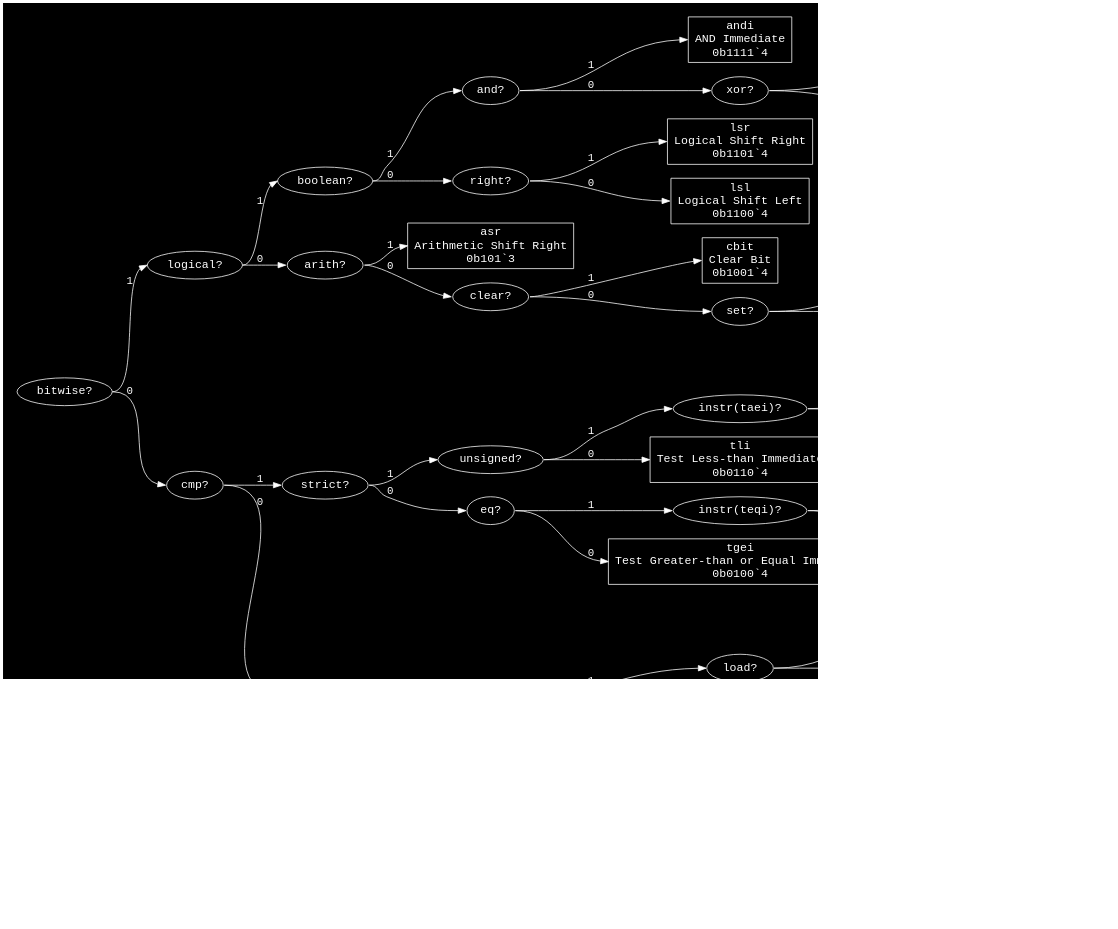
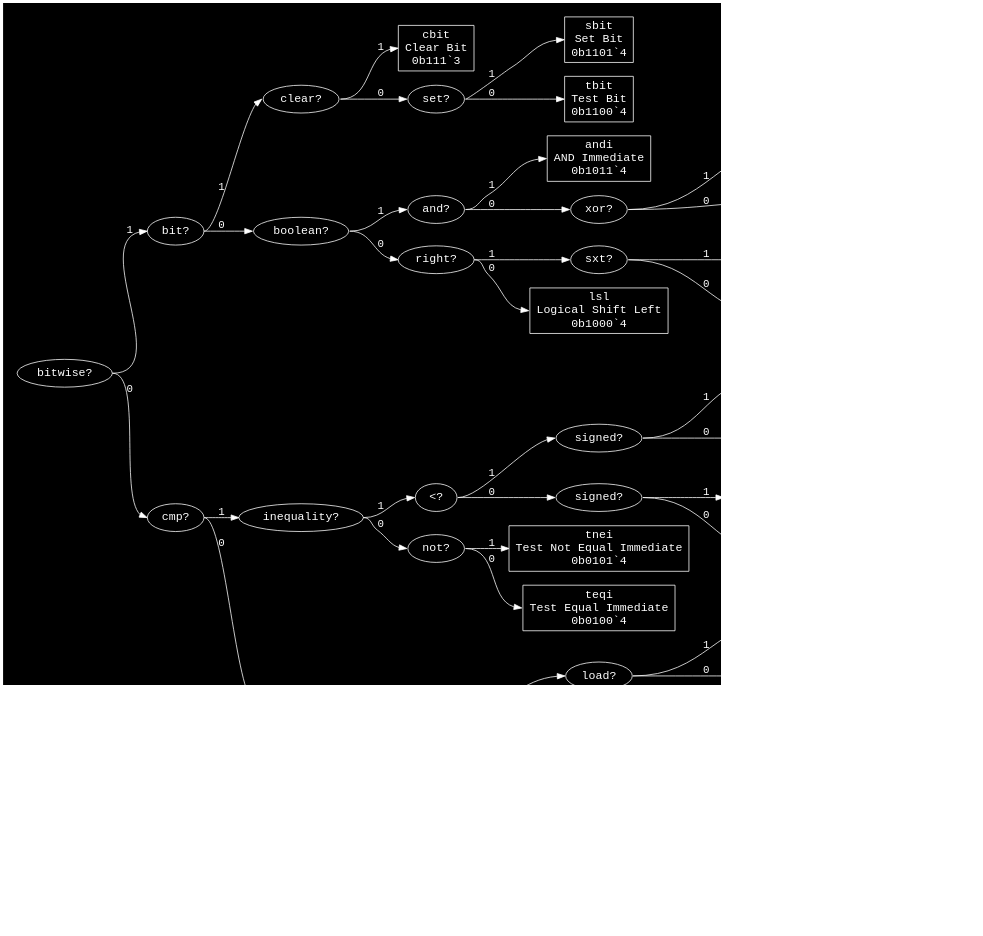
One commit to eignnx/SPRIND changed the diagram in assets/graphs/ri(_).dot. Above: the diagram before and after it, drawn with Graphviz. The commit also changed 8 other files, not shown here.

```diff
--- a/assets/graphs/ri(_).dot
+++ b/assets/graphs/ri(_).dot
@@ -1,90 +1,90 @@
 digraph "Format ri(_)" {
   graph [dpi = 100, bgcolor="#111", fontcolor="white", rankdir=LR, pad="0.25"];
   node [fontname = "Courier", fontsize="15pt", color="white", fontcolor="white"];
   edge [fontname = "Courier", color="white", fontcolor="white"];
-  "bitwise_16196687" [label = "bitwise?", shape = ellipse];
-  "bitwise_16196687":e -> "logical_5039830":w [label = "1"];
-  "bitwise_16196687":e -> "cmp_1283545":w [label = "0"];
-  "logical_5039830" [label = "logical?", shape = ellipse];
-  "logical_5039830":e -> "boolean_13427020":w [label = "1"];
-  "logical_5039830":e -> "arith_9698543":w [label = "0"];
-  "boolean_13427020" [label = "boolean?", shape = ellipse];
-  "boolean_13427020":e -> "and_9476752":w [label = "1"];
-  "boolean_13427020":e -> "right_9450710":w [label = "0"];
+  "bitwise_6741172" [label = "bitwise?", shape = ellipse];
+  "bitwise_6741172":e -> "bit_13246468":w [label = "1"];
+  "bitwise_6741172":e -> "cmp_2275342":w [label = "0"];
+  "bit_13246468" [label = "bit?", shape = ellipse];
+  "bit_13246468":e -> "clear_7702689":w [label = "1"];
+  "bit_13246468":e -> "boolean_6191383":w [label = "0"];
+  "clear_7702689" [label = "clear?", shape = ellipse];
+  "clear_7702689":e -> "cbit_262815":w [label = "1"];
+  "clear_7702689":e -> "set_10387925":w [label = "0"];
+  "cbit_262815" [label = "cbit\nClear Bit\n0b111`3", shape = rectangle];
+  "set_10387925" [label = "set?", shape = ellipse];
+  "set_10387925":e -> "sbit_16738776":w [label = "1"];
+  "set_10387925":e -> "tbit_5372373":w [label = "0"];
+  "sbit_16738776" [label = "sbit\nSet Bit\n0b1101`4", shape = rectangle];
+  "tbit_5372373" [label = "tbit\nTest Bit\n0b1100`4", shape = rectangle];
+  "boolean_6191383" [label = "boolean?", shape = ellipse];
+  "boolean_6191383":e -> "and_9476752":w [label = "1"];
+  "boolean_6191383":e -> "right_10240396":w [label = "0"];
   "and_9476752" [label = "and?", shape = ellipse];
   "and_9476752":e -> "andi_12159617":w [label = "1"];
   "and_9476752":e -> "xor_2651879":w [label = "0"];
-  "andi_12159617" [label = "andi\nAND Immediate\n0b1111`4", shape = rectangle];
+  "andi_12159617" [label = "andi\nAND Immediate\n0b1011`4", shape = rectangle];
   "xor_2651879" [label = "xor?", shape = ellipse];
   "xor_2651879":e -> "xori_1004432":w [label = "1"];
   "xor_2651879":e -> "ori_10741780":w [label = "0"];
-  "xori_1004432" [label = "xori\nXOR Immediate\n0b11101`5", shape = rectangle];
-  "ori_10741780" [label = "ori\nOR Immediate\n0b11100`5", shape = rectangle];
-  "right_9450710" [label = "right?", shape = ellipse];
-  "right_9450710":e -> "lsr_5551459":w [label = "1"];
-  "right_9450710":e -> "lsl_933506":w [label = "0"];
-  "lsr_5551459" [label = "lsr\nLogical Shift Right\n0b1101`4", shape = rectangle];
-  "lsl_933506" [label = "lsl\nLogical Shift Left\n0b1100`4", shape = rectangle];
-  "arith_9698543" [label = "arith?", shape = ellipse];
-  "arith_9698543":e -> "asr_4658712":w [label = "1"];
-  "arith_9698543":e -> "clear_7702689":w [label = "0"];
-  "asr_4658712" [label = "asr\nArithmetic Shift Right\n0b101`3", shape = rectangle];
-  "clear_7702689" [label = "clear?", shape = ellipse];
-  "clear_7702689":e -> "cbit_262815":w [label = "1"];
-  "clear_7702689":e -> "set_10387925":w [label = "0"];
-  "cbit_262815" [label = "cbit\nClear Bit\n0b1001`4", shape = rectangle];
-  "set_10387925" [label = "set?", shape = ellipse];
-  "set_10387925":e -> "sbit_16738776":w [label = "1"];
-  "set_10387925":e -> "tbit_5372373":w [label = "0"];
-  "sbit_16738776" [label = "sbit\nSet Bit\n0b10001`5", shape = rectangle];
-  "tbit_5372373" [label = "tbit\nTest Bit\n0b10000`5", shape = rectangle];
-  "cmp_1283545" [label = "cmp?", shape = ellipse];
-  "cmp_1283545":e -> "strict_12687118":w [label = "1"];
-  "cmp_1283545":e -> "global_8409141":w [label = "0"];
-  "strict_12687118" [label = "strict?", shape = ellipse];
-  "strict_12687118":e -> "unsigned_12772085":w [label = "1"];
-  "strict_12687118":e -> "eq_4284105":w [label = "0"];
-  "unsigned_12772085" [label = "unsigned?", shape = ellipse];
-  "unsigned_12772085":e -> "instr(taei)_9028234":w [label = "1"];
-  "unsigned_12772085":e -> "tli_650505":w [label = "0"];
-  "instr(taei)_9028234" [label = "instr(taei)?", shape = ellipse];
-  "instr(taei)_9028234":e -> "taei_9511866":w [label = "1"];
-  "instr(taei)_9028234":e -> "tbi_7859922":w [label = "0"];
-  "taei_9511866" [label = "taei\nTest Above or Equal\n0b01111`5", shape = rectangle];
+  "xori_1004432" [label = "xori\nXOR Immediate\n0b10101`5", shape = rectangle];
+  "ori_10741780" [label = "ori\nOR Immediate\n0b10100`5", shape = rectangle];
+  "right_10240396" [label = "right?", shape = ellipse];
+  "right_10240396":e -> "sxt_3947393":w [label = "1"];
+  "right_10240396":e -> "lsl_933506":w [label = "0"];
+  "sxt_3947393" [label = "sxt?", shape = ellipse];
+  "sxt_3947393":e -> "asr_4658712":w [label = "1"];
+  "sxt_3947393":e -> "lsr_5551459":w [label = "0"];
+  "asr_4658712" [label = "asr\nArithmetic Shift Right\n0b10011`5", shape = rectangle];
+  "lsr_5551459" [label = "lsr\nLogical Shift Right\n0b10010`5", shape = rectangle];
+  "lsl_933506" [label = "lsl\nLogical Shift Left\n0b1000`4", shape = rectangle];
+  "cmp_2275342" [label = "cmp?", shape = ellipse];
+  "cmp_2275342":e -> "inequality_5877276":w [label = "1"];
+  "cmp_2275342":e -> "global_8409141":w [label = "0"];
+  "inequality_5877276" [label = "inequality?", shape = ellipse];
+  "inequality_5877276":e -> "<_1890235":w [label = "1"];
+  "inequality_5877276":e -> "not_8792364":w [label = "0"];
+  "<_1890235" [label = "<?", shape = ellipse];
+  "<_1890235":e -> "signed_10531314":w [label = "1"];
+  "<_1890235":e -> "signed_6217757":w [label = "0"];
+  "signed_10531314" [label = "signed?", shape = ellipse];
+  "signed_10531314":e -> "tli_650505":w [label = "1"];
+  "signed_10531314":e -> "tbi_7859922":w [label = "0"];
+  "tli_650505" [label = "tli\nTest Less-than Immediate\n0b01111`5", shape = rectangle];
   "tbi_7859922" [label = "tbi\nTest Below Immediate\n0b01110`5", shape = rectangle];
-  "tli_650505" [label = "tli\nTest Less-than Immediate\n0b0110`4", shape = rectangle];
-  "eq_4284105" [label = "eq?", shape = ellipse];
-  "eq_4284105":e -> "instr(teqi)_9290102":w [label = "1"];
-  "eq_4284105":e -> "tgei_4329480":w [label = "0"];
-  "instr(teqi)_9290102" [label = "instr(teqi)?", shape = ellipse];
-  "instr(teqi)_9290102":e -> "teqi_10456661":w [label = "1"];
-  "instr(teqi)_9290102":e -> "tnei_12469607":w [label = "0"];
-  "teqi_10456661" [label = "teqi\nTest Equal Immediate\n0b01011`5", shape = rectangle];
-  "tnei_12469607" [label = "tnei\nTest Not Equal Immediate\n0b01010`5", shape = rectangle];
-  "tgei_4329480" [label = "tgei\nTest Greater-than or Equal Immediate\n0b0100`4", shape = rectangle];
+  "signed_6217757" [label = "signed?", shape = ellipse];
+  "signed_6217757":e -> "tgei_4329480":w [label = "1"];
+  "signed_6217757":e -> "taei_9511866":w [label = "0"];
+  "tgei_4329480" [label = "tgei\nTest Greater-than or Equal Immediate\n0b01101`5", shape = rectangle];
+  "taei_9511866" [label = "taei\nTest Above or Equal\n0b01100`5", shape = rectangle];
+  "not_8792364" [label = "not?", shape = ellipse];
+  "not_8792364":e -> "tnei_12469607":w [label = "1"];
+  "not_8792364":e -> "teqi_10456661":w [label = "0"];
+  "tnei_12469607" [label = "tnei\nTest Not Equal Immediate\n0b0101`4", shape = rectangle];
+  "teqi_10456661" [label = "teqi\nTest Equal Immediate\n0b0100`4", shape = rectangle];
   "global_8409141" [label = "global?", shape = ellipse];
   "global_8409141":e -> "byte_11793580":w [label = "1"];
   "global_8409141":e -> "carry_3117734":w [label = "0"];
   "byte_11793580" [label = "byte?", shape = ellipse];
   "byte_11793580":e -> "load_4551929":w [label = "1"];
   "byte_11793580":e -> "load_470839":w [label = "0"];
   "load_4551929" [label = "load?", shape = ellipse];
   "load_4551929":e -> "lgb_856797":w [label = "1"];
   "load_4551929":e -> "sgb_13623431":w [label = "0"];
   "lgb_856797" [label = "lgb\nLoad Global Byte\n0b00111`5", shape = rectangle];
   "sgb_13623431" [label = "sgb\nStore Global Byte\n0b00110`5", shape = rectangle];
   "load_470839" [label = "load?", shape = ellipse];
   "load_470839":e -> "lgw_5872715":w [label = "1"];
   "load_470839":e -> "sgw_3934115":w [label = "0"];
   "lgw_5872715" [label = "lgw\nLoad Global Word\n0b00101`5", shape = rectangle];
   "sgw_3934115" [label = "sgw\nStore Global Word\n0b00100`5", shape = rectangle];
   "carry_3117734" [label = "carry?", shape = ellipse];
   "carry_3117734":e -> "add_2468223":w [label = "1"];
   "carry_3117734":e -> "addi_9690679":w [label = "0"];
   "add_2468223" [label = "add?", shape = ellipse];
   "add_2468223":e -> "addicy_12315327":w [label = "1"];
   "add_2468223":e -> "subicy_2944954":w [label = "0"];
   "addicy_12315327" [label = "addicy\nAdd Immediate with Carry\n0b00011`5", shape = rectangle];
   "subicy_2944954" [label = "subicy\nSubtract Immediate with Carry\n0b00010`5", shape = rectangle];
   "addi_9690679" [label = "addi\nAdd Immediate\n0b0000`4", shape = rectangle];
 }
```
